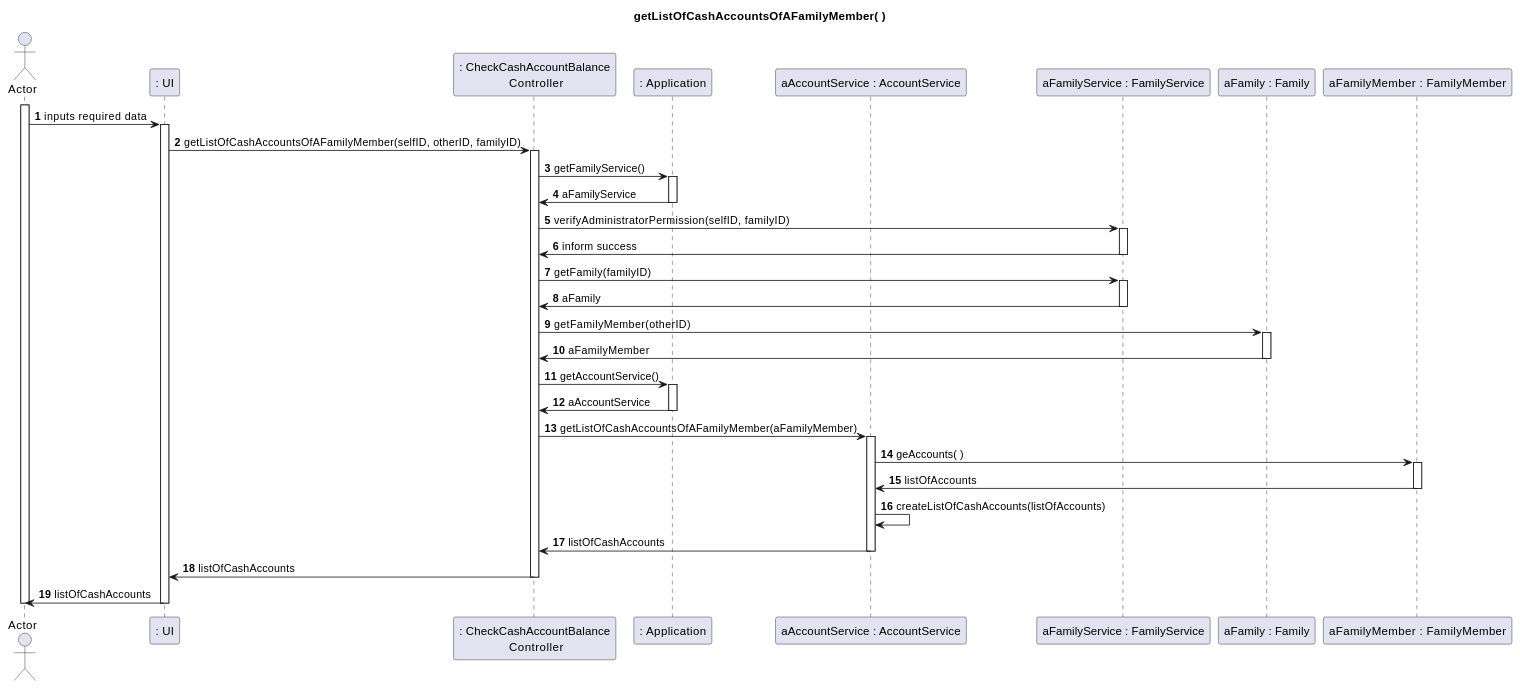
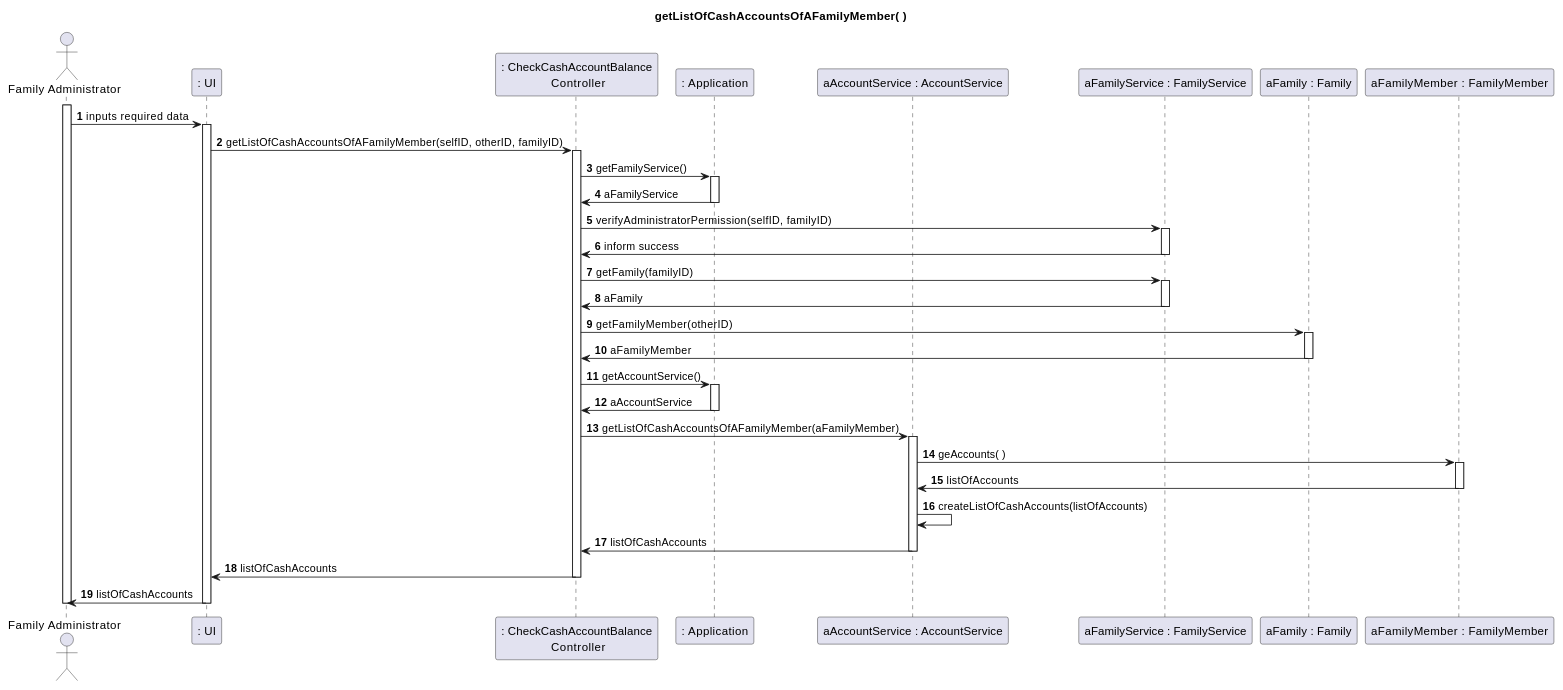
Before and after one commit to tomas-osswald/switch_2020_g3: the sixth of 6 diagrams in docs/sprint2/user_stories/US135_CheckFamilyOrFamilyMemberCashAccountBalance.md, drawn with PlantUML. The commit also changed other lines of this file and 2 other files, not shown here.

````diff
--- a/docs/sprint2/user_stories/US135_CheckFamilyOrFamilyMemberCashAccountBalance.md
+++ b/docs/sprint2/user_stories/US135_CheckFamilyOrFamilyMemberCashAccountBalance.md
@@ -266,62 +266,62 @@
 ```puml
 autonumber 1
 title getListOfCashAccountsOfAFamilyMember( )
-actor "Actor" as actor
+actor "Family Administrator" as actor
 participant ": UI" as UI
 participant ": CheckCashAccountBalance\n Controller" as controller
 participant ": Application" as app
 participant "aAccountService : AccountService" as aserv
 participant "aFamilyService : FamilyService" as fserv
 participant "aFamily : Family" as family
 participant "aFamilyMember : FamilyMember" as familyMember
 
 activate actor
 actor -> UI : inputs required data
 activate UI
 UI -> controller : getListOfCashAccountsOfAFamilyMember(selfID, otherID, familyID)
 
 activate controller
 controller -> app : getFamilyService()
 activate app
 app -> controller : aFamilyService
 deactivate app
 
 controller -> fserv : verifyAdministratorPermission(selfID, familyID)
 activate fserv
 fserv -> controller : inform success
 deactivate fserv
 
 controller -> fserv : getFamily(familyID)
 activate fserv
 fserv -> controller : aFamily
 deactivate fserv
 
 controller -> family : getFamilyMember(otherID)
 activate family
 family -> controller : aFamilyMember
 deactivate family
 
 controller -> app : getAccountService()
 activate app
 controller <- app : aAccountService
 deactivate app
 
 controller -> aserv : getListOfCashAccountsOfAFamilyMember(aFamilyMember)
 activate aserv
 aserv -> familyMember : geAccounts( )
 activate familyMember
 
 familyMember -> aserv : listOfAccounts
 deactivate familyMember
 
 aserv -> aserv : createListOfCashAccounts(listOfAccounts)
 aserv -> controller : listOfCashAccounts
 deactivate aserv
 
 controller -> UI : listOfCashAccounts
 deactivate controller
 
 UI -> actor : listOfCashAccounts
 deactivate UI
 deactivate actor
 ```
````
